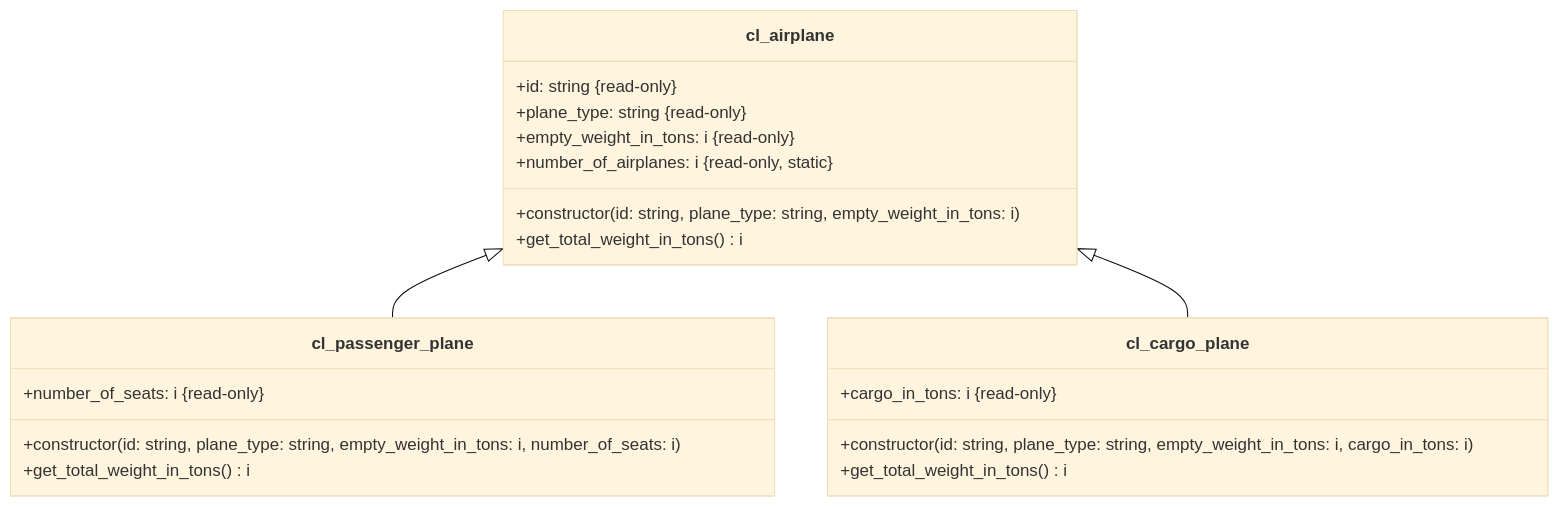
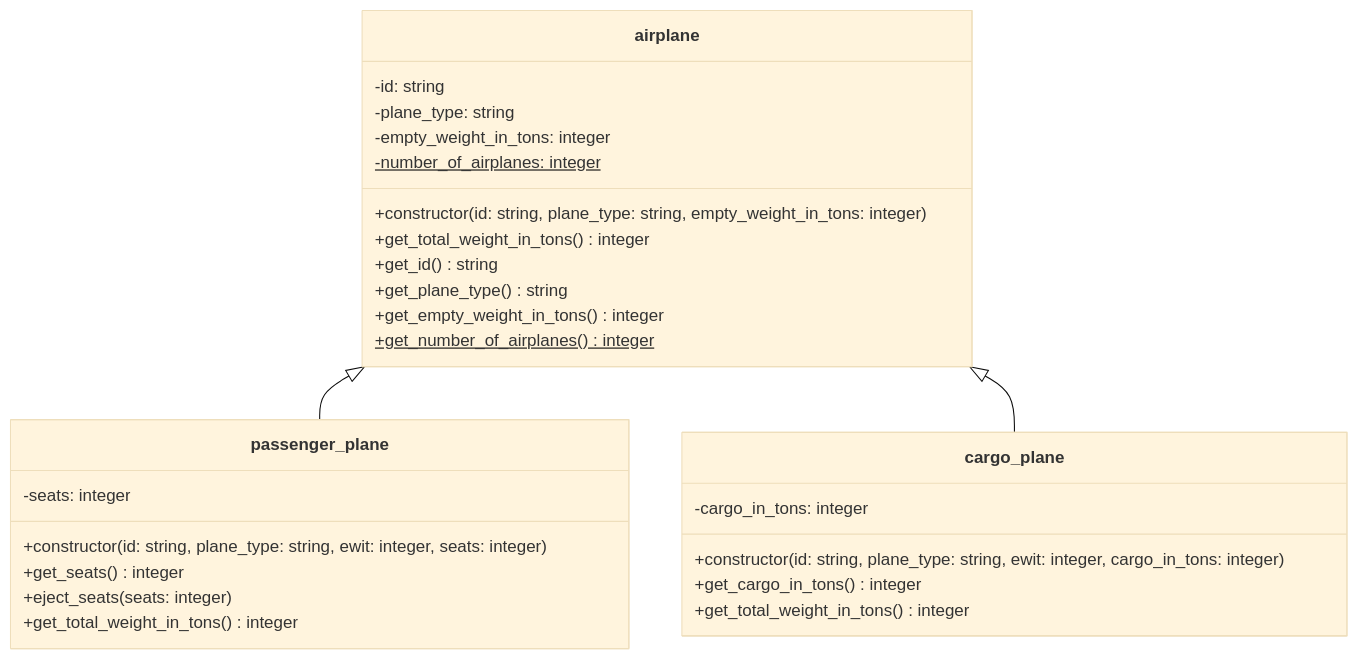
The diagram in docs/exercises/abap-objects/abap-objects-06.md (appenmaier/s4hana), drawn with Mermaid (base theme) before and after one commit. The commit also changed other lines of this file and 7 other files, not shown here.

````diff
--- a/docs/exercises/abap-objects/abap-objects-06.md
+++ b/docs/exercises/abap-objects/abap-objects-06.md
@@ -11,26 +11,33 @@
 ```mermaid
 classDiagram
-   cl_airplane <|-- cl_passenger_plane
-   cl_airplane <|-- cl_cargo_plane
+   airplane <|-- passenger_plane
+   airplane <|-- cargo_plane
 
-   class cl_airplane {
-      +id: string &#123read-only&#125
-      +plane_type: string &#123read-only&#125
-      +empty_weight_in_tons: i &#123read-only&#125
-      +number_of_airplanes: i &#123read-only, static&#125
-      +constructor(id: string, plane_type: string, empty_weight_in_tons: i)
-      +get_total_weight_in_tons() i
+   class airplane {
+      -id: string
+      -plane_type: string
+      -empty_weight_in_tons: integer
+      -number_of_airplanes: integer$
+      +constructor(id: string, plane_type: string, empty_weight_in_tons: integer)
+      +get_total_weight_in_tons() integer
+      +get_id() string
+      +get_plane_type() string
+      +get_empty_weight_in_tons() integer
+      +get_number_of_airplanes() integer$
    }
 
-   class cl_passenger_plane {
-      +number_of_seats: i &#123read-only&#125
-      +constructor(id: string, plane_type: string, empty_weight_in_tons: i, number_of_seats: i)
-      +get_total_weight_in_tons() i
+   class passenger_plane {
+      -seats: integer
+      +constructor(id: string, plane_type: string, ewit: integer, seats: integer)
+      +get_seats() integer
+      +eject_seats(seats: integer)
+      +get_total_weight_in_tons() integer
    }
 
-   class cl_cargo_plane {
-      +cargo_in_tons: i &#123read-only&#125
-      +constructor(id: string, plane_type: string, empty_weight_in_tons: i, cargo_in_tons: i)
-      +get_total_weight_in_tons() i
+   class cargo_plane {
+      -cargo_in_tons: integer
+      +constructor(id: string, plane_type: string, ewit: integer, cargo_in_tons: integer)
+      +get_cargo_in_tons() integer
+      +get_total_weight_in_tons() integer
    }
 ```
````
